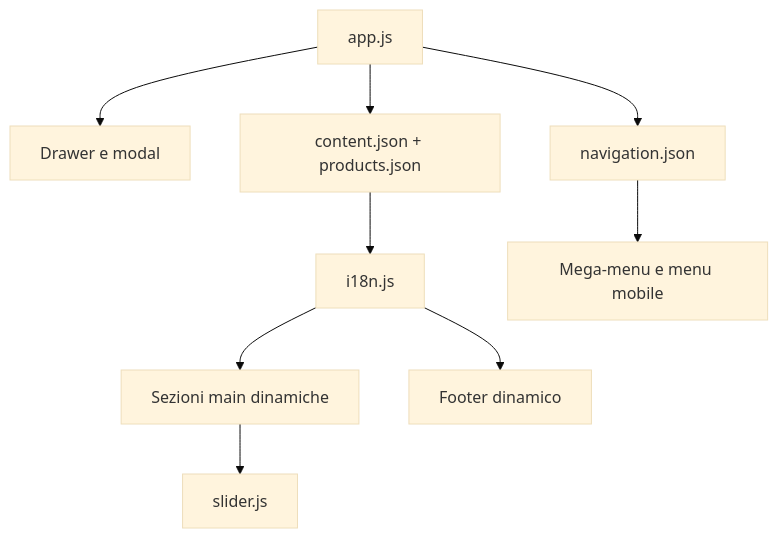
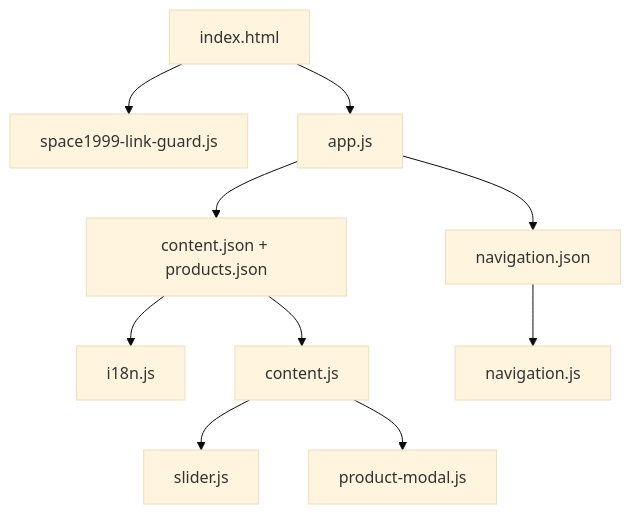
The first of 2 diagrams in docs/ARCHITECTURE.md (jellero/space1999), drawn with Mermaid (base theme) before and after one commit. The commit also changed other lines of this file and 4 other files, not shown here.

````diff
--- a/docs/ARCHITECTURE.md
+++ b/docs/ARCHITECTURE.md
@@ -9,11 +9,12 @@
 ```mermaid
 flowchart TD
-    A[app.js] --> B[Drawer e modal]
-    A --> C[content.json + products.json]
-    A --> D[navigation.json]
-    C --> E[i18n.js]
-    E --> F[Sezioni main dinamiche]
-    E --> G[Footer dinamico]
-    D --> H[Mega-menu e menu mobile]
-    F --> I[slider.js]
+    A[index.html] --> B[space1999-link-guard.js]
+    A --> C[app.js]
+    C --> D[content.json + products.json]
+    C --> E[navigation.json]
+    D --> F[i18n.js]
+    D --> G[content.js]
+    E --> H[navigation.js]
+    G --> I[slider.js]
+    G --> J[product-modal.js]
 ```
````
